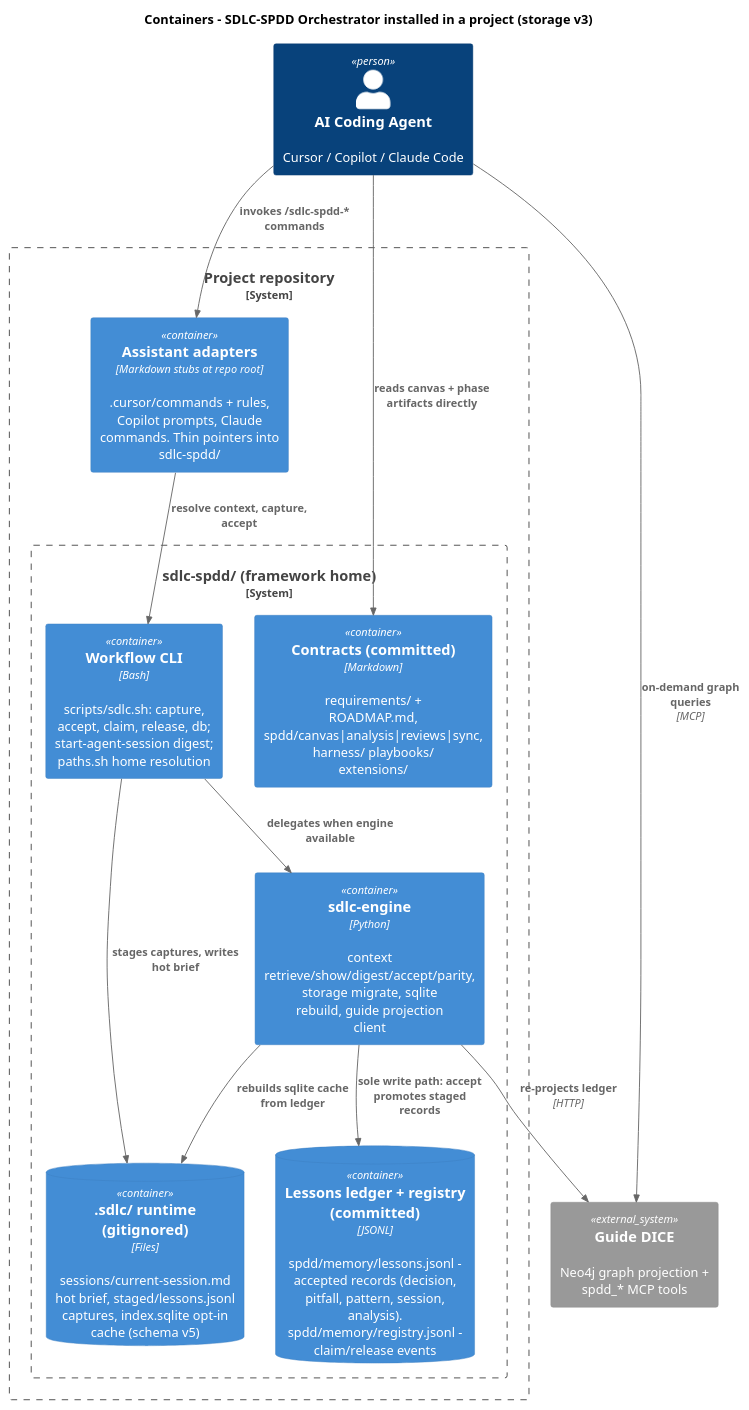
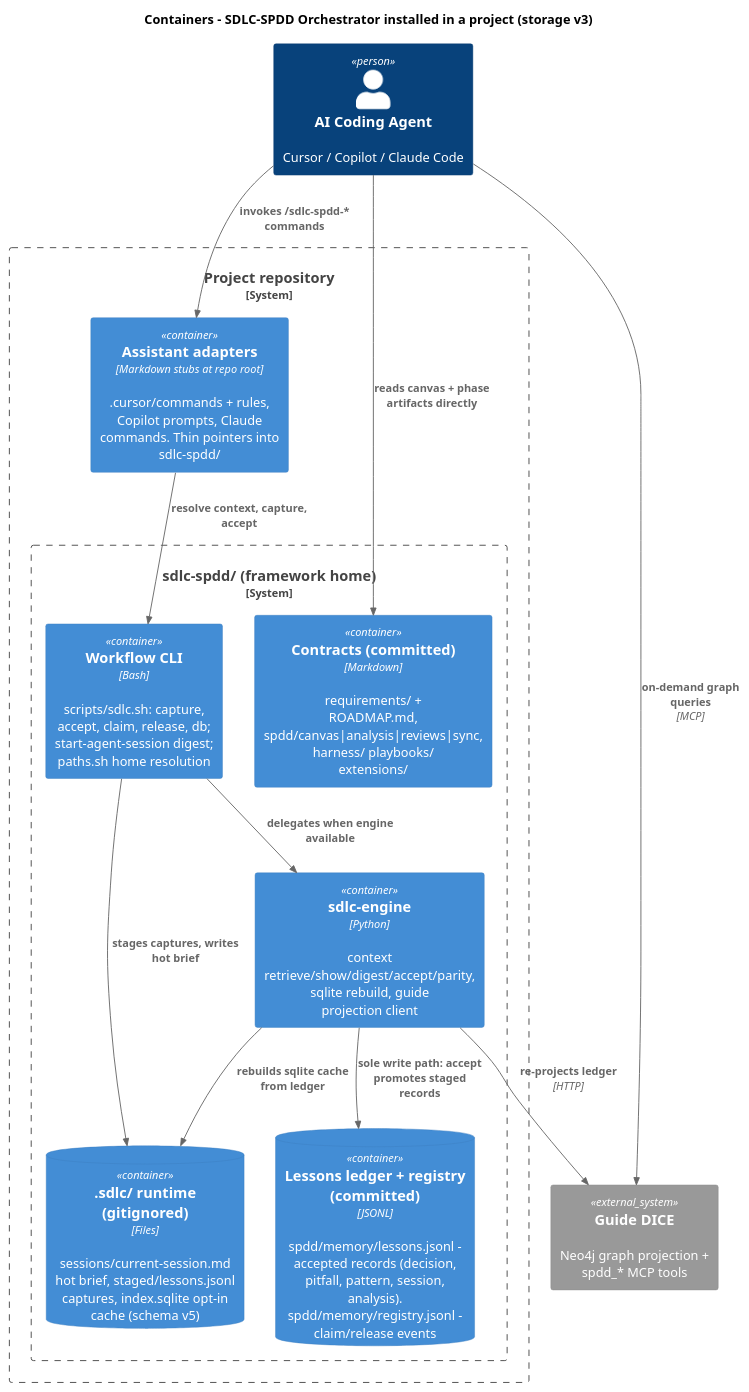
One commit to jmjava/sdlc-spdd-orchestrator changed the diagram in docs/diagrams/02-container.puml. Above: the diagram before and after it, drawn with PlantUML. The commit also changed 149 other files, not shown here.

```diff
--- a/docs/diagrams/02-container.puml
+++ b/docs/diagrams/02-container.puml
@@ -1,32 +1,32 @@
 @startuml 02-container
 !include https://raw.githubusercontent.com/plantuml-stdlib/C4-PlantUML/master/C4_Container.puml
 
 title Containers - SDLC-SPDD Orchestrator installed in a project (storage v3)
 
 Person(agent, "AI Coding Agent", "Cursor / Copilot / Claude Code")
 
 System_Boundary(repo, "Project repository") {
     Container(adapters, "Assistant adapters", "Markdown stubs at repo root", ".cursor/commands + rules, Copilot prompts, Claude commands. Thin pointers into sdlc-spdd/")
 
     System_Boundary(home, "sdlc-spdd/ (framework home)") {
         Container(contracts, "Contracts (committed)", "Markdown", "requirements/ + ROADMAP.md, spdd/canvas|analysis|reviews|sync, harness/ playbooks/ extensions/")
         ContainerDb(ledger, "Lessons ledger + registry (committed)", "JSONL", "spdd/memory/lessons.jsonl - accepted records (decision, pitfall, pattern, session, analysis). spdd/memory/registry.jsonl - claim/release events")
         Container(scripts, "Workflow CLI", "Bash", "scripts/sdlc.sh: capture, accept, claim, release, db; start-agent-session digest; paths.sh home resolution")
-        Container(engine, "sdlc-engine", "Python", "context retrieve/show/digest/accept/parity, storage migrate, sqlite rebuild, guide projection client")
+        Container(engine, "sdlc-engine", "Python", "context retrieve/show/digest/accept/parity, sqlite rebuild, guide projection client")
         ContainerDb(runtime, ".sdlc/ runtime (gitignored)", "Files", "sessions/current-session.md hot brief, staged/lessons.jsonl captures, index.sqlite opt-in cache (schema v5)")
     }
 }
 
 System_Ext(guide, "Guide DICE", "Neo4j graph projection + spdd_* MCP tools")
 
 Rel(agent, adapters, "invokes /sdlc-spdd-* commands")
 Rel(adapters, scripts, "resolve context, capture, accept")
 Rel(agent, contracts, "reads canvas + phase artifacts directly")
 Rel(scripts, engine, "delegates when engine available")
 Rel(scripts, runtime, "stages captures, writes hot brief")
 Rel(engine, ledger, "sole write path: accept promotes staged records")
 Rel(engine, runtime, "rebuilds sqlite cache from ledger")
 Rel(engine, guide, "re-projects ledger", "HTTP")
 Rel(agent, guide, "on-demand graph queries", "MCP")
 
 @enduml
```
